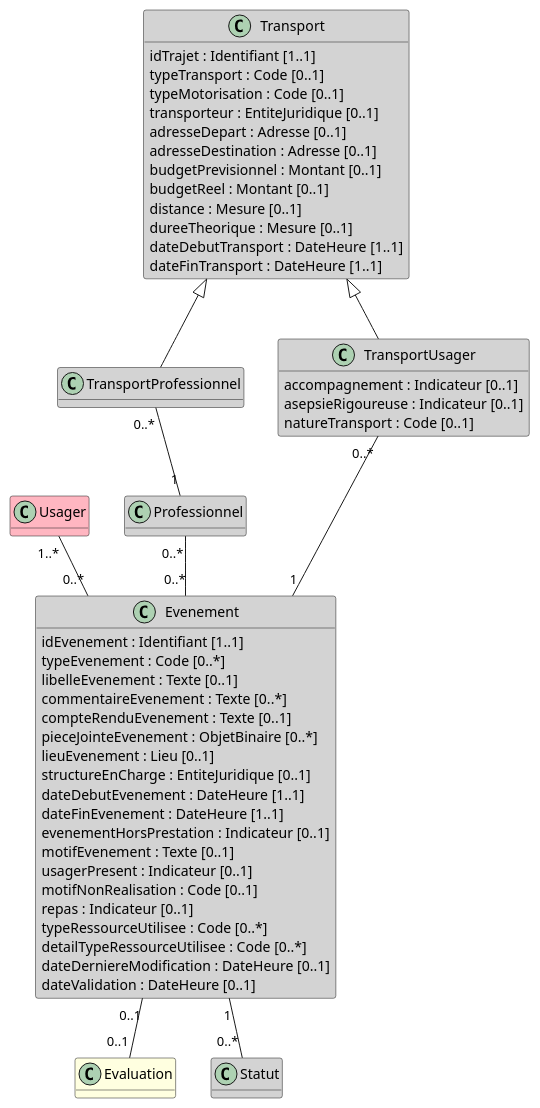
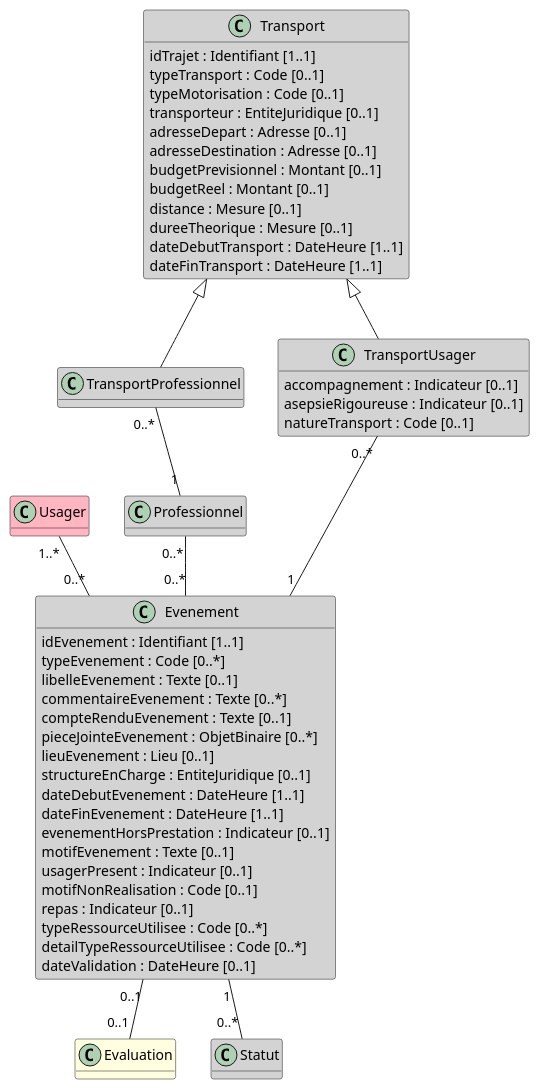
The diagram in input/images-source/bloc_evenement.plantuml (ansforge/IG-fhir-transfert-donnees-dui-esms), drawn with PlantUML before and after one commit. The commit also changed 3 other files, not shown here.

```diff
--- a/input/images-source/bloc_evenement.plantuml
+++ b/input/images-source/bloc_evenement.plantuml
@@ -1,68 +1,67 @@
 @startuml
 
 hide empty methods
 
 class Usager #LightPink
 
 class TransportProfessionnel #LightGray
 
 class Evaluation #LightYellow
 
 class Professionnel #LightGray 
 
 class Statut #LightGray 
 
 class Transport #LightGray {
     idTrajet : Identifiant [1..1]
     typeTransport : Code [0..1]
     typeMotorisation : Code [0..1]
     transporteur : EntiteJuridique [0..1]
     adresseDepart : Adresse [0..1]
     adresseDestination : Adresse [0..1]
     budgetPrevisionnel : Montant [0..1]
     budgetReel : Montant [0..1]
     distance : Mesure [0..1]
     dureeTheorique : Mesure [0..1]
     dateDebutTransport : DateHeure [1..1]
     dateFinTransport : DateHeure [1..1]
 }
 
 class TransportUsager #LightGray {
     accompagnement : Indicateur [0..1]
     asepsieRigoureuse : Indicateur [0..1]
     natureTransport : Code [0..1]
 }
 
 class Evenement #LightGray {
     idEvenement : Identifiant [1..1]
     typeEvenement : Code [0..*]
     libelleEvenement : Texte [0..1]
     commentaireEvenement : Texte [0..*]
     compteRenduEvenement : Texte [0..1]
     pieceJointeEvenement : ObjetBinaire [0..*]
     lieuEvenement : Lieu [0..1]
     structureEnCharge : EntiteJuridique [0..1]
     dateDebutEvenement : DateHeure [1..1]
     dateFinEvenement : DateHeure [1..1]
     evenementHorsPrestation : Indicateur [0..1]
     motifEvenement : Texte [0..1]
     usagerPresent : Indicateur [0..1]
     motifNonRealisation : Code [0..1]
     repas : Indicateur [0..1]
     typeRessourceUtilisee : Code [0..*]
     detailTypeRessourceUtilisee : Code [0..*]
-    dateDerniereModification : DateHeure [0..1]
     dateValidation : DateHeure [0..1]
 }
 
 Usager "1..*" -- "0..*" Evenement
 Professionnel "0..*" -- "0..*" Evenement
 Transport <|-- TransportProfessionnel
 Transport <|-- TransportUsager
 TransportUsager "0..*" -- "1" Evenement
 TransportProfessionnel "0..*" -- "1" Professionnel
 Evenement "0..1" -- "0..1" Evaluation
 Evenement "1" -- "0..*" Statut
 
 
 @enduml
```
